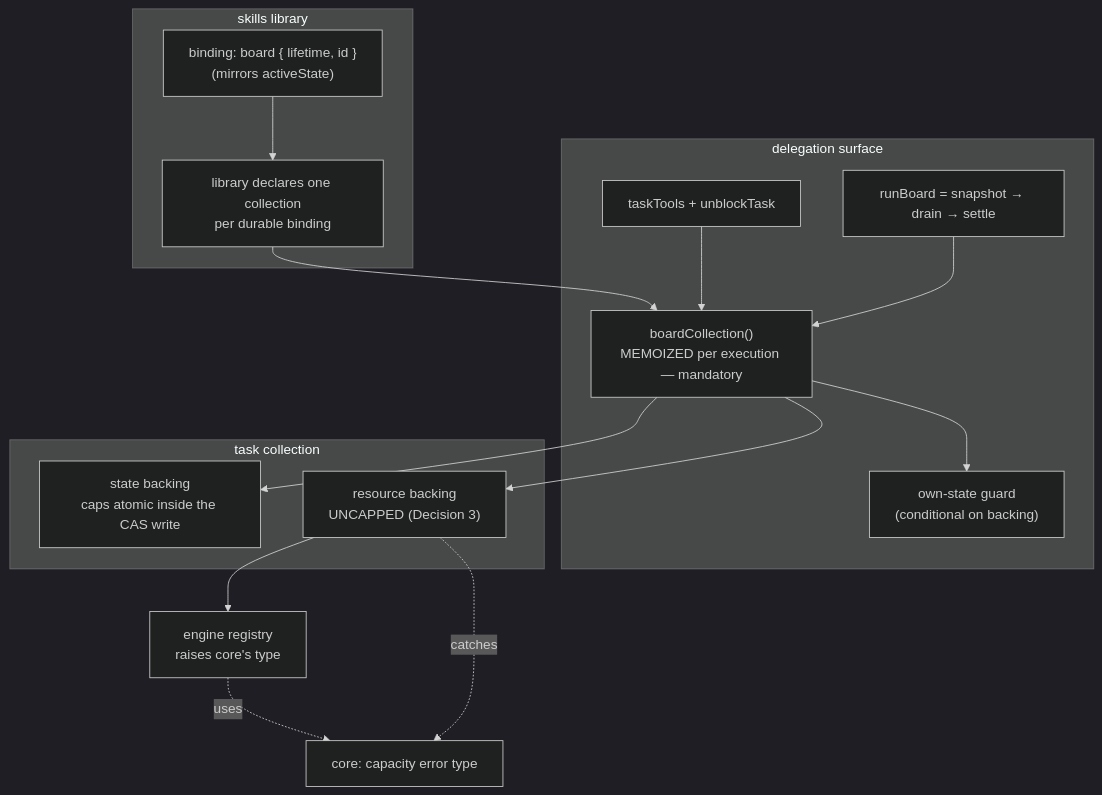
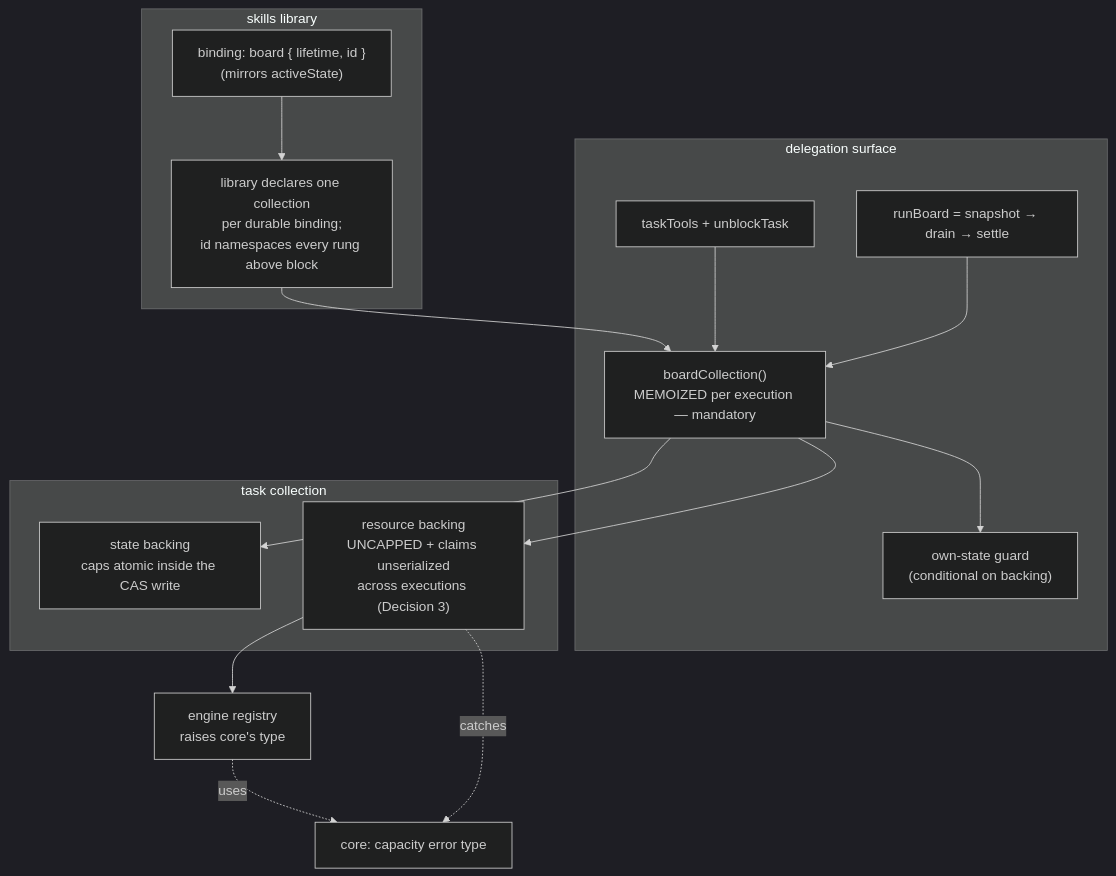
Before and after one commit to fixpoint-labs/flow-state-dev: the diagram in docs/specs/FIX-957.md, drawn with Mermaid (dark theme). The commit also changed other lines of this file, not shown here.

First line of the commit message:
spec(FIX-957): namespace the request rung; widen D3 with the double-claim hazard

````diff
--- a/docs/specs/FIX-957.md
+++ b/docs/specs/FIX-957.md
@@ -196,32 +203,32 @@
 ```mermaid
 flowchart TB
   subgraph lib["skills library"]
     OPT["binding: board { lifetime, id }<br/>(mirrors activeState)"]
-    RES["library declares one collection<br/>per durable binding"]
+    RES["library declares one collection<br/>per durable binding;<br/>id namespaces every rung above block"]
   end
 
   subgraph surf["delegation surface"]
     BC["boardCollection()<br/>MEMOIZED per execution — mandatory"]
     GUARD["own-state guard<br/>(conditional on backing)"]
     TOOLS["taskTools + unblockTask"]
     RB["runBoard = snapshot → drain → settle"]
   end
 
   subgraph coll["task collection"]
     STATE["state backing<br/>caps atomic inside the CAS write"]
-    RESB["resource backing<br/>UNCAPPED (Decision 3)"]
+    RESB["resource backing<br/>UNCAPPED + claims unserialized<br/>across executions (Decision 3)"]
   end
 
   CORE["core: capacity error type"]
   REG["engine registry<br/>raises core's type"]
 
   OPT --> RES --> BC
   BC --> GUARD
   BC --> STATE
   BC --> RESB
   TOOLS --> BC
   RB --> BC
   RESB --> REG
   REG -.uses.-> CORE
   RESB -.catches.-> CORE
 ```
````
